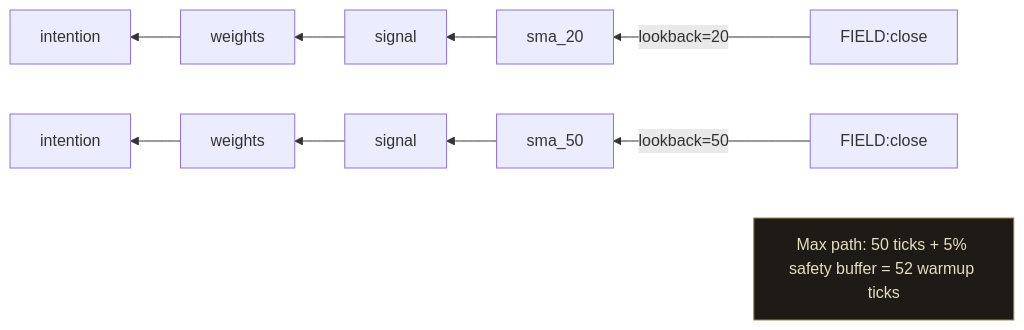
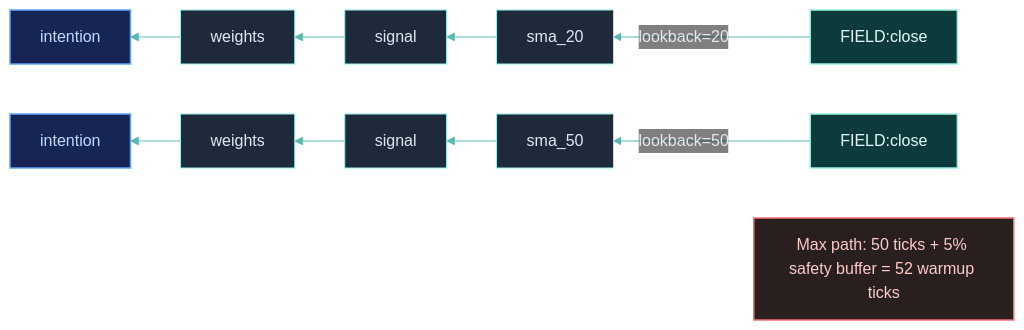
Before and after one commit to Clypt/docs: the first of 3 diagrams in backtesting/lookahead-bias-prevention.mdx, drawn with Mermaid. The commit also changed other lines of this file and 73 other files, not shown here.

````diff
--- a/backtesting/lookahead-bias-prevention.mdx
+++ b/backtesting/lookahead-bias-prevention.mdx
@@ -84,7 +84,15 @@
 ```mermaid
+%%{init: {'theme': 'base', 'themeVariables': { 'primaryColor': '#1e293b', 'primaryTextColor': '#e2e8f0', 'primaryBorderColor': '#94F1E8', 'lineColor': '#5bb8b0', 'clusterBkg': '#0f172a', 'clusterBorder': '#1e3a3a', 'titleColor': '#94F1E8', 'edgeLabelBackground': 'transparent' }}}%%
 flowchart RL
+    classDef source fill:#0d3b3b,stroke:#94F1E8,stroke-width:1.5px,color:#e0faf7
+    classDef action fill:#172554,stroke:#60a5fa,stroke-width:1.5px,color:#bfdbfe
+    classDef warn fill:#2a1f1f,stroke:#f87171,stroke-width:1.5px,color:#fecaca
+
     FC1["FIELD:close"] -- "lookback=20" --> SMA20["sma_20"] --> SIG1["signal"] --> W1["weights"] --> INT1["intention"]
     FC2["FIELD:close"] -- "lookback=50" --> SMA50["sma_50"] --> SIG2["signal"] --> W2["weights"] --> INT2["intention"]
     MAX["Max path: 50 ticks + 5% safety buffer = 52 warmup ticks"]
-    style MAX fill:#1e1b16,stroke:#a1854a,color:#e8dcc4
+
+    class FC1,FC2 source
+    class INT1,INT2 action
+    class MAX warn
 ```
````
